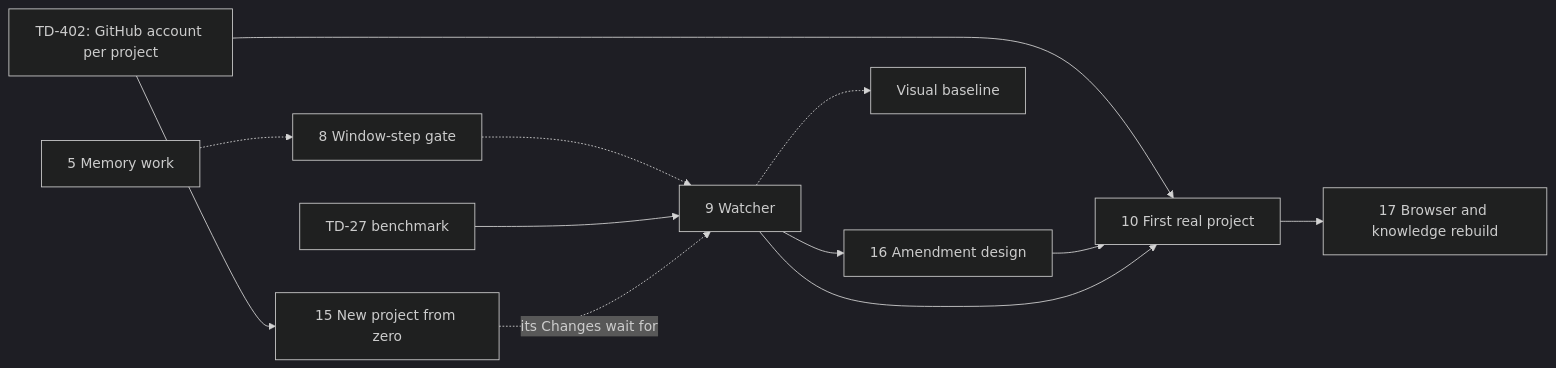
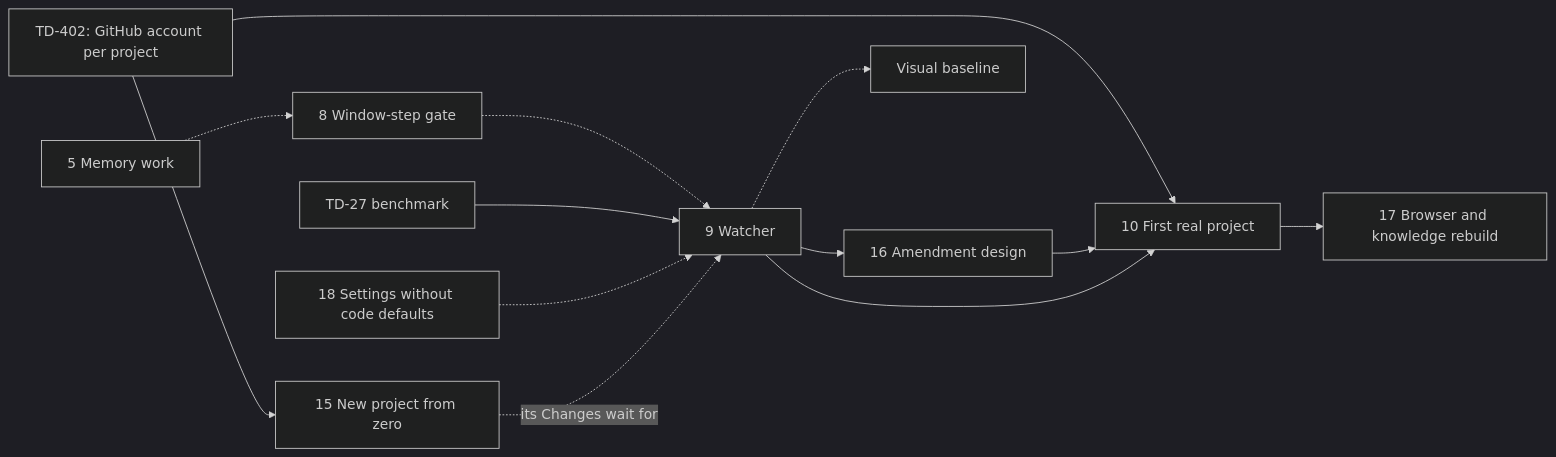
Before and after one commit to maba-pag/owlbear: the diagram in .owlbear/research/owlbear-plan.md, drawn with Mermaid (dark theme). The commit also changed other lines of this file and 11 other files, not shown here.

````diff
--- a/.owlbear/research/owlbear-plan.md
+++ b/.owlbear/research/owlbear-plan.md
@@ -110,14 +110,15 @@
 ```mermaid
 flowchart LR
   A402["TD-402: GitHub account per project"] --> I15["15 New project from zero"]
   A402 --> I10["10 First real project"]
   I5["5 Memory work"] -.-> I8["8 Window-step gate"]
   I8 -.-> I9["9 Watcher"]
   B27["TD-27 benchmark"] --> I9
+  I18["18 Settings without code defaults"] -.-> I9
   I9 --> I16["16 Amendment design"]
   I16 --> I10
   I9 --> I10
   I15 -. its Changes wait for .-> I9
   I10 --> I17["17 Browser and knowledge rebuild"]
   I9 -.-> VB["Visual baseline"]
 ```
````
